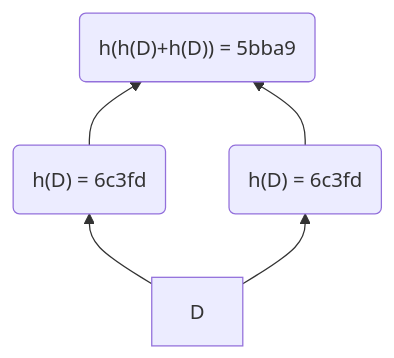
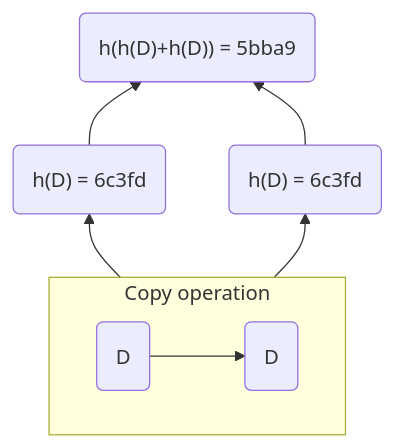
Before and after one commit to fborello-lambda/merkletree_in_rust: the diagram in README.md, drawn with Mermaid.

Commit message:
Change README's mermaid diagram

````diff
--- a/README.md
+++ b/README.md
@@ -44,8 +44,13 @@
 ```mermaid
-graph BT;
-    D --> left("h(D) = 6c3fd")
-    D --> right("h(D) = 6c3fd")
+flowchart BT;
+    D(D) --> left("h(D) = 6c3fd")
+    D_copy("D") --> right("h(D) = 6c3fd")
+
+    subgraph "Copy operation"
+        direction LR
+        D --> D_copy
+    end
     root("h(h(D)+h(D)) = 5bba9")
     left --> root
     right --> root
 ```
````
